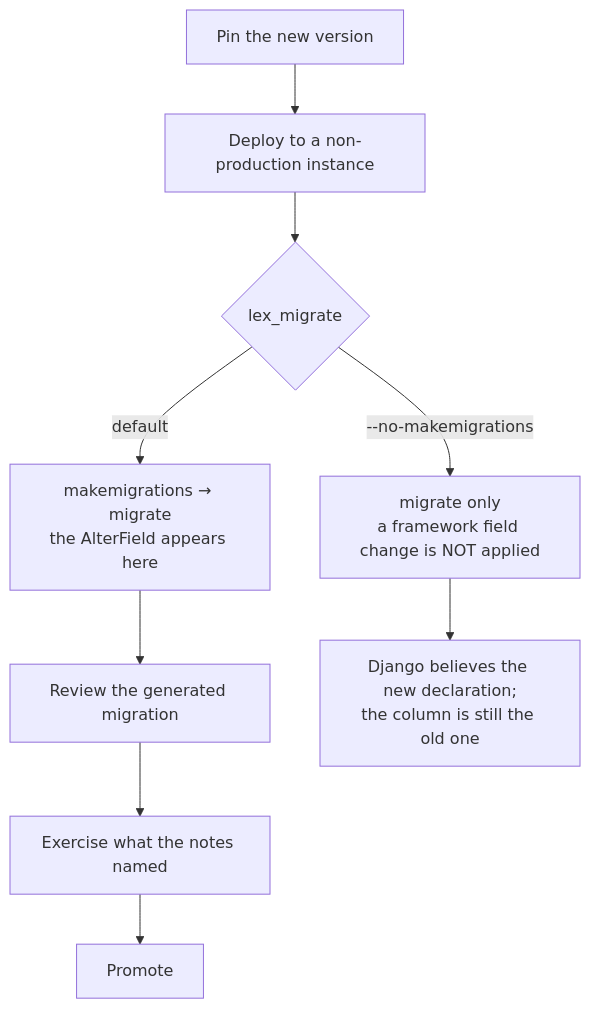
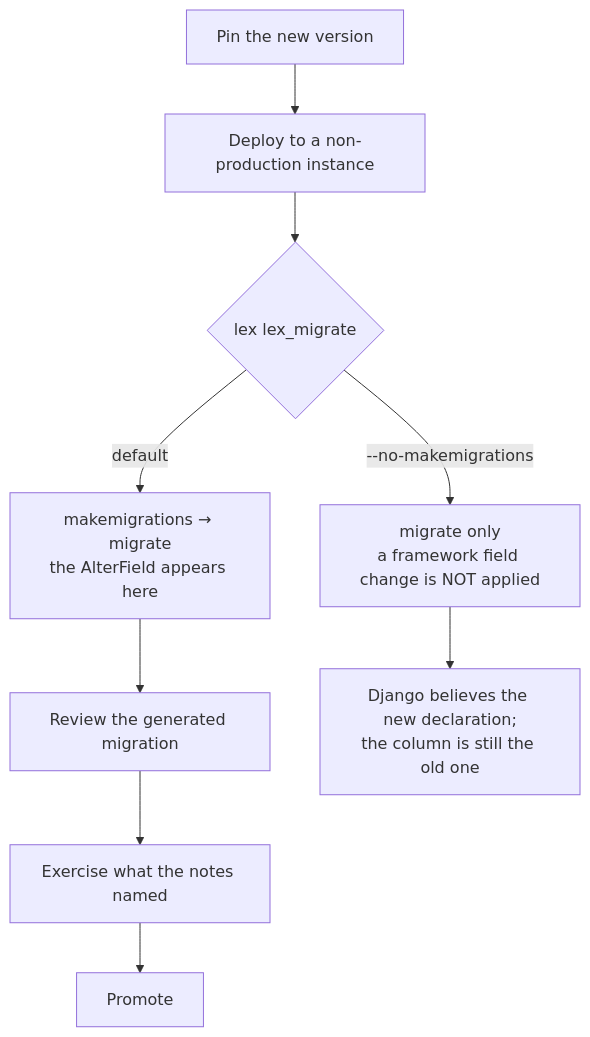
The diagram in content/ship-and-operate/upgrading.md (ExcellenceCloudGmbH/lex-app-docs), drawn with Mermaid before and after one commit. The commit also changed other lines of this file and 11 other files, not shown here.

````diff
--- a/content/ship-and-operate/upgrading.md
+++ b/content/ship-and-operate/upgrading.md
@@ -63,11 +75,11 @@
 ```mermaid
 flowchart TB
     P["Pin the new version"] --> D["Deploy to a non-production instance"]
-    D --> M{"lex_migrate"}
+    D --> M{"lex lex_migrate"}
     M -- "default" --> G["makemigrations → migrate<br/>the AlterField appears here"]
     M -- "--no-makemigrations" --> S["migrate only<br/>a framework field change is NOT applied"]
     G --> R["Review the generated migration"]
     S --> W["Django believes the new declaration;<br/>the column is still the old one"]
     R --> E["Exercise what the notes named"]
     E --> PR["Promote"]
 ```
````
